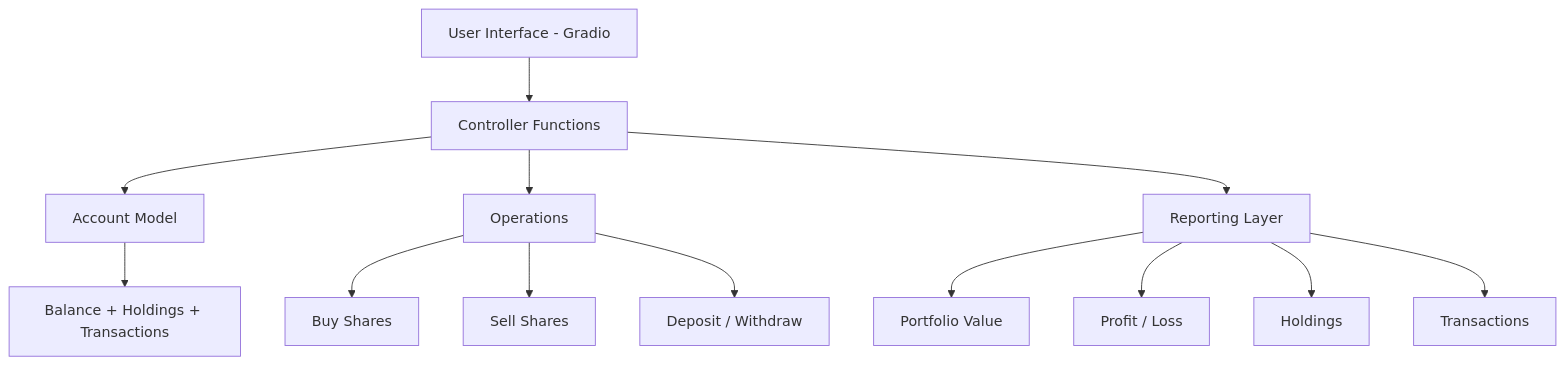
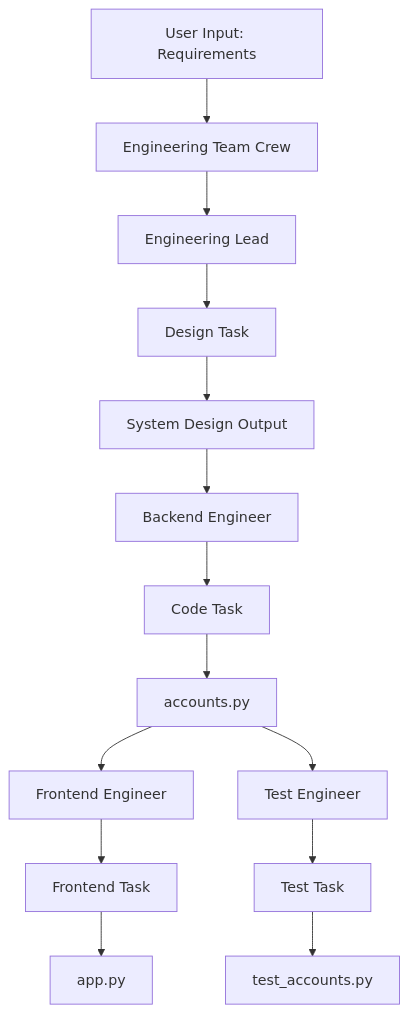
One commit to tejalpalwankar/Engineering-team-agent-CrewAI changed the first of 2 diagrams in README.md. Above: the diagram before and after it, drawn with Mermaid. The commit also changed other lines of this file, not shown here.

First line of the commit message:
Revise README with architecture and execution details

`````diff
--- a/README.md
+++ b/README.md
@@ -22,18 +22,21 @@
 ```mermaid
 flowchart TD
-    A[User Interface - Gradio] --> B[Controller Functions]
+    A[User Input: Requirements] --> B[Engineering Team Crew]
 
-    B --> C[Account Model]
-    C --> D[Balance + Holdings + Transactions]
+    B --> C[Engineering Lead]
+    C --> D[Design Task]
+    D --> E[System Design Output]
 
-    B --> E[Operations]
-    E --> F[Buy Shares]
-    E --> G[Sell Shares]
-    E --> H[Deposit / Withdraw]
+    E --> F[Backend Engineer]
+    F --> G[Code Task]
+    G --> H[accounts.py]
 
-    B --> I[Reporting Layer]
-    I --> J[Portfolio Value]
-    I --> K[Profit / Loss]
-    I --> L[Holdings]
-    I --> M[Transactions]
+    H --> I[Frontend Engineer]
+    I --> J[Frontend Task]
+    J --> K[app.py]
+
+    H --> L[Test Engineer]
+    L --> M[Test Task]
+    M --> N[test_accounts.py]
+
 ````
`````
